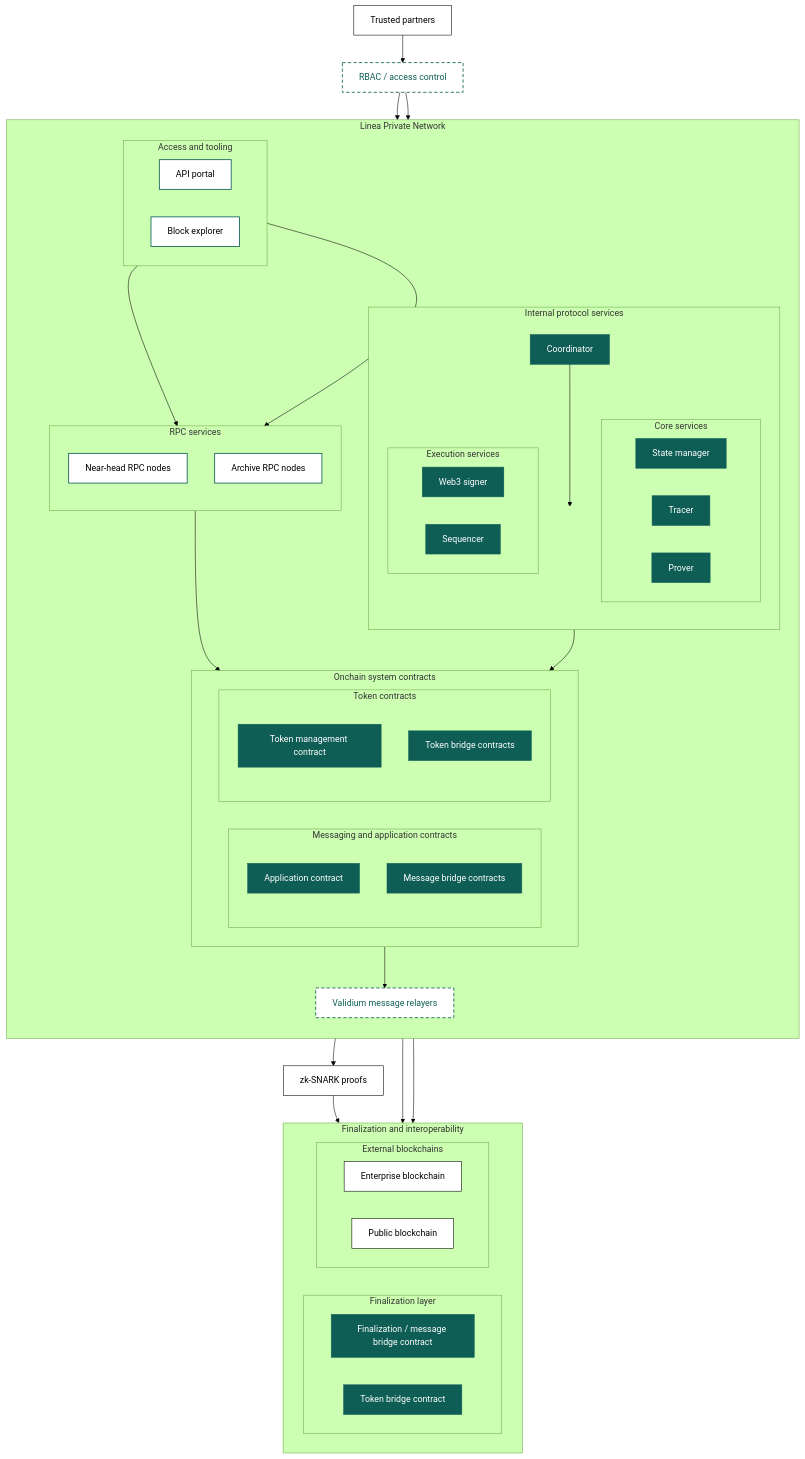
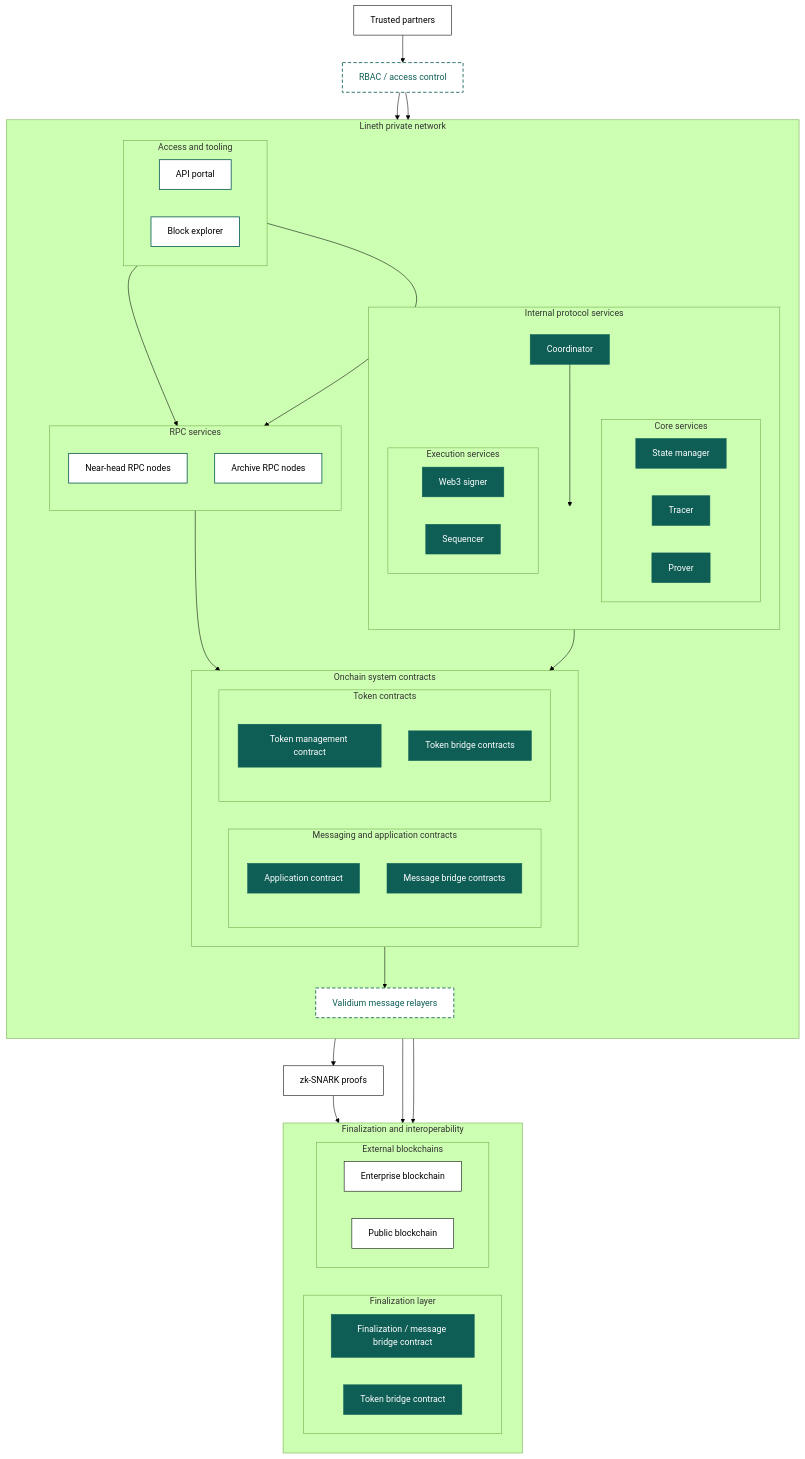
The diagram in docs/stack/how-it-works/deployment-models.mdx (Consensys/doc.linea), drawn with Mermaid (forest theme) before and after one commit. The commit also changed other lines of this file and 9 other files, not shown here.

```diff
--- a/docs/stack/how-it-works/deployment-models.mdx
+++ b/docs/stack/how-it-works/deployment-models.mdx
@@ -130,7 +154,7 @@
   %% =========================
   %% Operator-controlled boundary
   %% =========================
-  subgraph PrivateNetwork["Linea Private Network"]
+  subgraph PrivateNetwork["Lineth private network"]
     direction TB
 
     subgraph AccessTooling["Access and tooling"]
```
